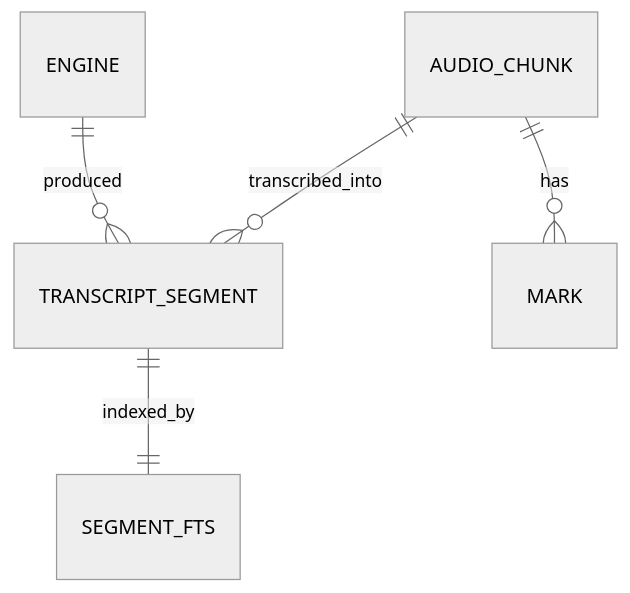
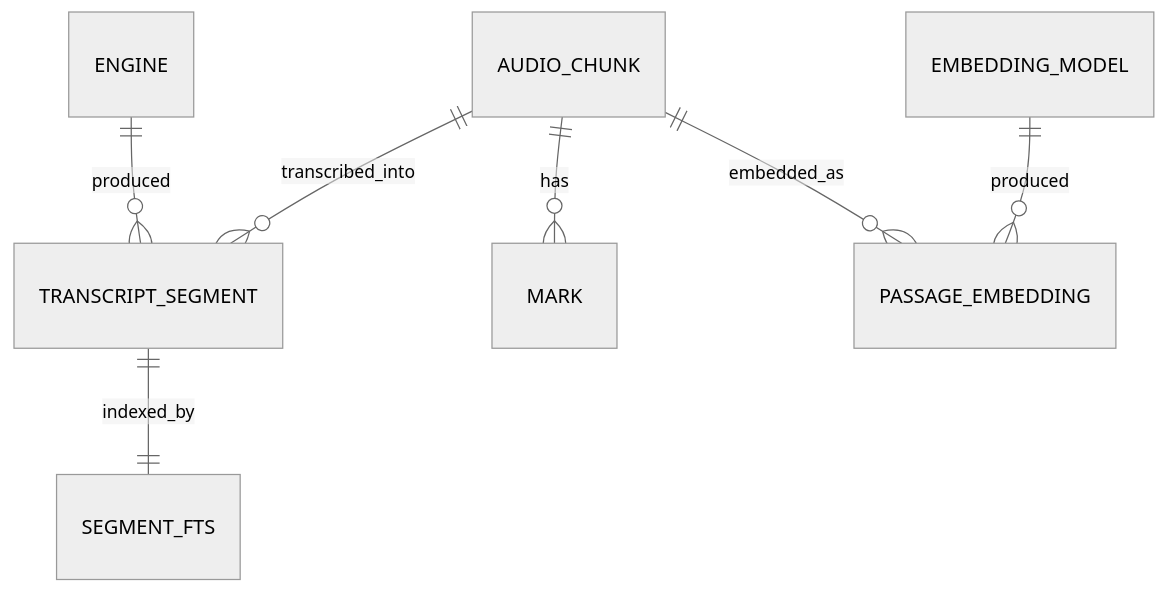
Before and after one commit to Soichiro5/watch-audio: the second of 3 diagrams in docs/architecture/02-architecture.md, drawn with Mermaid (neutral theme). The commit also changed other lines of this file and 9 other files, not shown here.

````diff
--- a/docs/architecture/02-architecture.md
+++ b/docs/architecture/02-architecture.md
@@ -104,7 +107,9 @@
 ```mermaid
 erDiagram
   AUDIO_CHUNK ||--o{ TRANSCRIPT_SEGMENT : transcribed_into
   AUDIO_CHUNK ||--o{ MARK : has
   ENGINE ||--o{ TRANSCRIPT_SEGMENT : produced
   TRANSCRIPT_SEGMENT ||--|| SEGMENT_FTS : indexed_by
+  AUDIO_CHUNK ||--o{ PASSAGE_EMBEDDING : embedded_as
+  EMBEDDING_MODEL ||--o{ PASSAGE_EMBEDDING : produced
 ```
````
